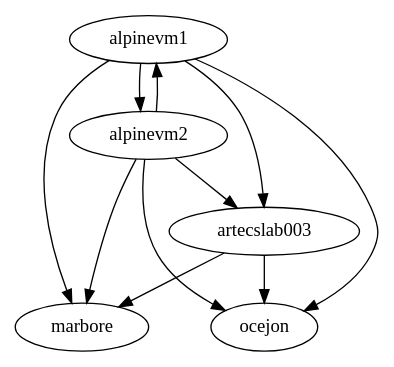
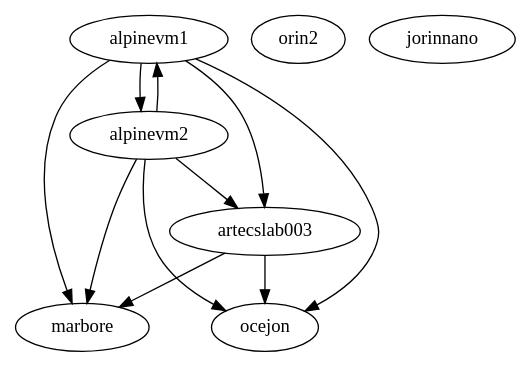
One commit to gulis1/planificacion-inferencia-edge changed the diagram in triton-endpoint-controller/tservice_controller/input.dot. Above: the diagram before and after it, drawn with Graphviz. The commit also changed 17 other files, not shown here.

```diff
--- a/triton-endpoint-controller/tservice_controller/input.dot
+++ b/triton-endpoint-controller/tservice_controller/input.dot
@@ -1,17 +1,20 @@
 digraph G {
   //marbore -> artecslab003
   //marbore -> ocejon
 
   artecslab003 -> marbore
   artecslab003 -> ocejon
   
   alpinevm1 -> marbore
   alpinevm1 -> ocejon
   alpinevm1 -> artecslab003
   alpinevm1 -> alpinevm2
   
   alpinevm2 -> marbore
   alpinevm2 -> ocejon
   alpinevm2 -> artecslab003
   alpinevm2 -> alpinevm1
+
+  orin2
+  jorinnano
 }
```
